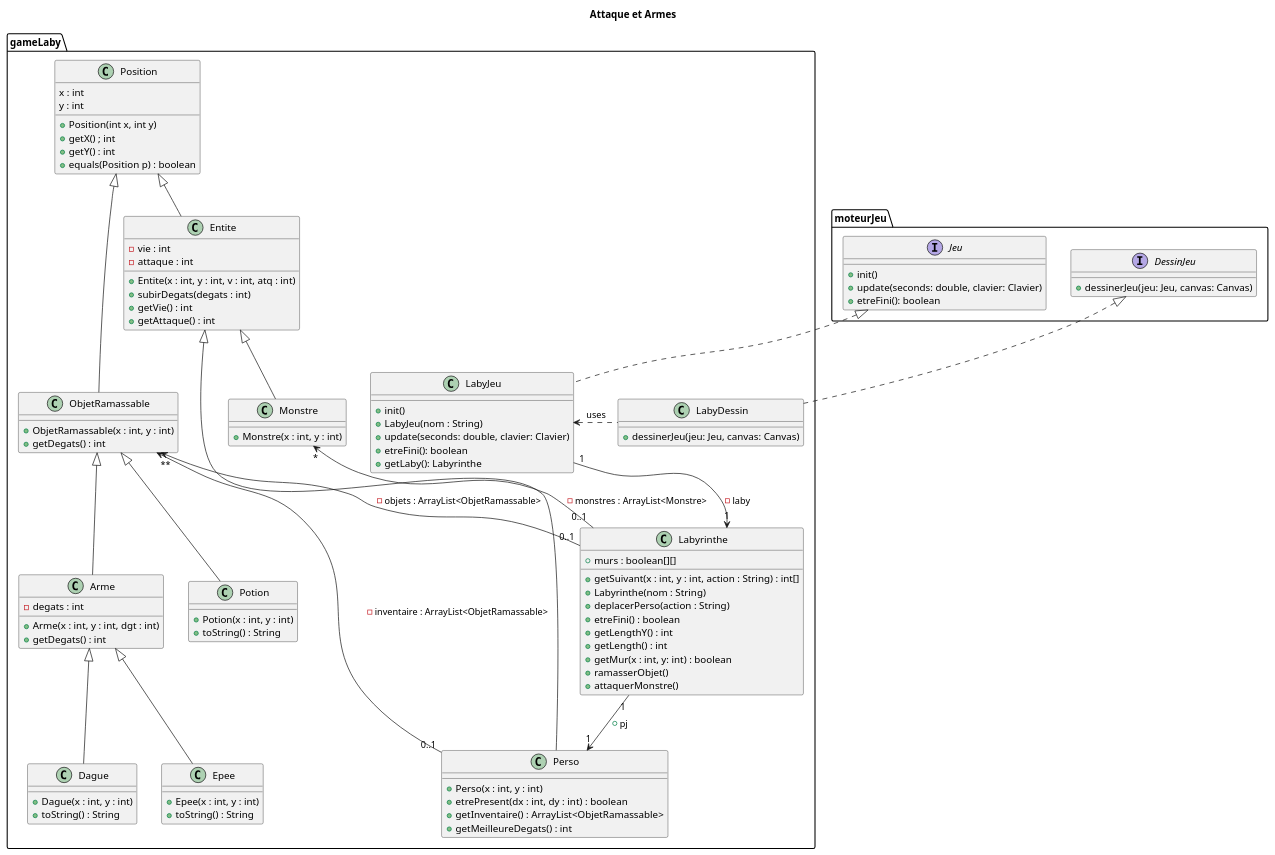
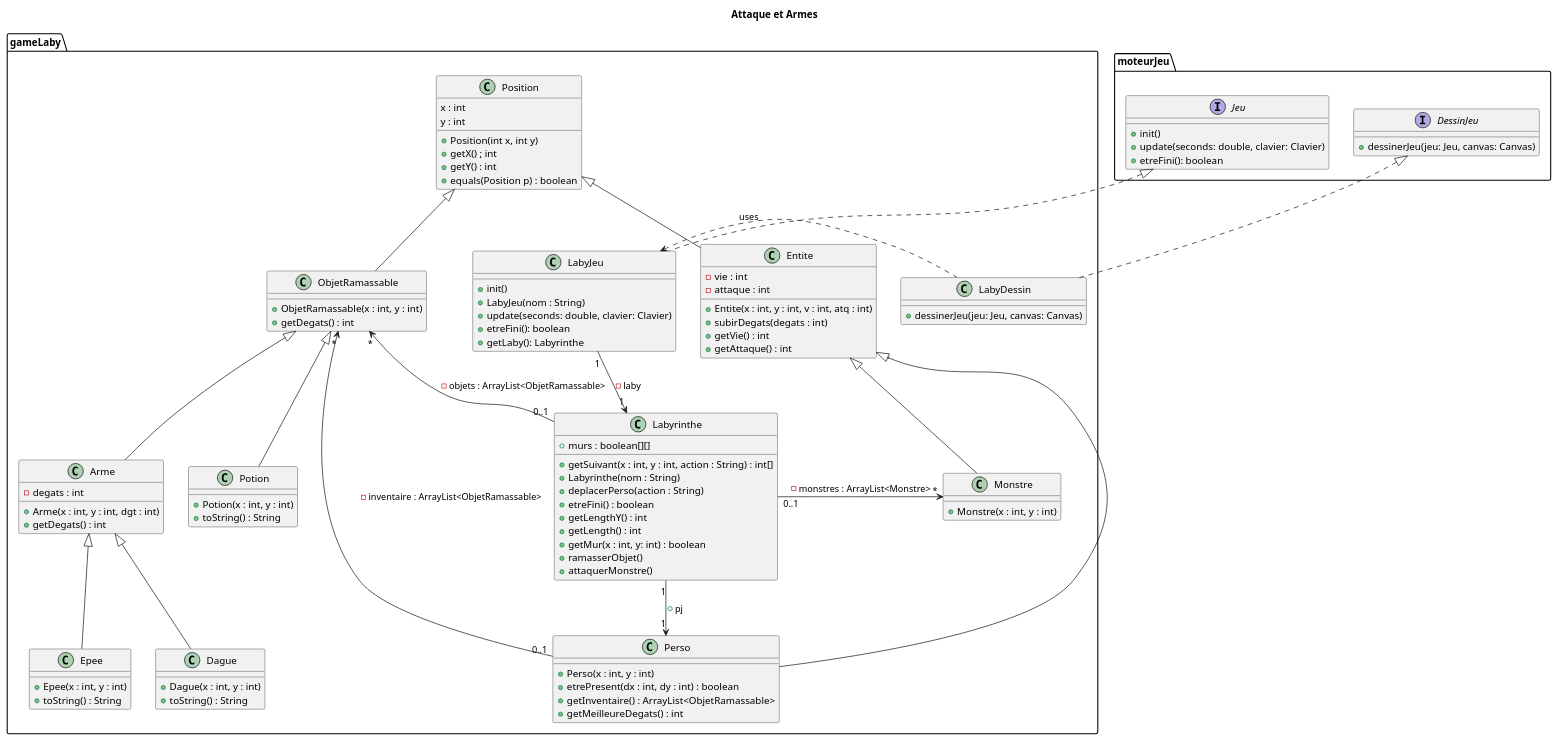
One commit to OoNeal/2022_zeldiablo_rionde8u_povoas1u_melchior25u_arnaud35u changed the diagram in documents/version_4/DiagClasse_Armes_Attaque.puml. Above: the diagram before and after it, drawn with PlantUML.

Commit message:
Simplification du diagramme de classe

```diff
--- a/documents/version_4/DiagClasse_Armes_Attaque.puml
+++ b/documents/version_4/DiagClasse_Armes_Attaque.puml
@@ -1,129 +1,129 @@
 @startuml
 title Attaque et Armes
 
 '''classe'''
 
 
 package moteurJeu {
 
 interface Jeu{
 + init()
 + update(seconds: double, clavier: Clavier)
 + etreFini(): boolean
 }
 
 
 interface DessinJeu {
 + dessinerJeu(jeu: Jeu, canvas: Canvas)
 }
 }
 
 
 package gameLaby {
 
 
 class Labyrinthe{
   + murs : boolean[][]
   + getSuivant(x : int, y : int, action : String) : int[]
   + Labyrinthe(nom : String)
   + deplacerPerso(action : String)
   + etreFini() : boolean
   + getLengthY() : int
   + getLength() : int
   + getMur(x : int, y: int) : boolean
   + ramasserObjet()
   + attaquerMonstre()
 }
 
 
 class ObjetRamassable {
     + ObjetRamassable(x : int, y : int)
     + getDegats() : int
 }
 
 class Potion{
     + Potion(x : int, y : int)
     + toString() : String
 }
 
 class Arme {
     - degats : int
     + Arme(x : int, y : int, dgt : int)
     + getDegats() : int
 }
 
 class Dague {
     + Dague(x : int, y : int)
     + toString() : String
 }
 
 class Epee{
     + Epee(x : int, y : int)
     + toString() : String
 }
 
 class Position {
     x : int
     y : int
     + Position(int x, int y)
     + getX() ; int
     + getY() : int
     + equals(Position p) : boolean
 }
 
 class Perso {
   + Perso(x : int, y : int)
   + etrePresent(dx : int, dy : int) : boolean
   + getInventaire() : ArrayList<ObjetRamassable>
   + getMeilleureDegats() : int
 }
 
 class Entite {
     - vie : int
     - attaque : int
     + Entite(x : int, y : int, v : int, atq : int)
     + subirDegats(degats : int)
     + getVie() : int
     + getAttaque() : int
 }
 
 class Monstre {
   + Monstre(x : int, y : int)
 }
 
 class LabyJeu{
 + init()
 + LabyJeu(nom : String)
 + update(seconds: double, clavier: Clavier)
 + etreFini(): boolean
 + getLaby(): Labyrinthe
 }
 
 class LabyDessin{
 + dessinerJeu(jeu: Jeu, canvas: Canvas)
 }
 }
 
 
 LabyJeu "1" --> "1" Labyrinthe : -laby
 DessinJeu <|.. LabyDessin
 Jeu <|.. LabyJeu
 Labyrinthe "1" --> "1" Perso: + pj
 LabyJeu <. LabyDessin:uses
 
 
 ObjetRamassable "*" <-- "0..1" Perso: -inventaire : ArrayList<ObjetRamassable>
 ObjetRamassable "*" <-- "0..1" Labyrinthe: -objets : ArrayList<ObjetRamassable>
 ObjetRamassable  <|-- "Potion"
 ObjetRamassable  <|-- "Arme"
 Arme <|-- "Epee"
 Arme <|-- "Dague"
-Monstre "*" <-- "0..1" Labyrinthe: -monstres : ArrayList<Monstre>
+Monstre "*" <- "0..1" Labyrinthe: -monstres : ArrayList<Monstre>
 Position <|--  ObjetRamassable
 Position <|-- Entite
 Entite <|-- Monstre
 Entite <|-- Perso
 
 
 
 @enduml
```
